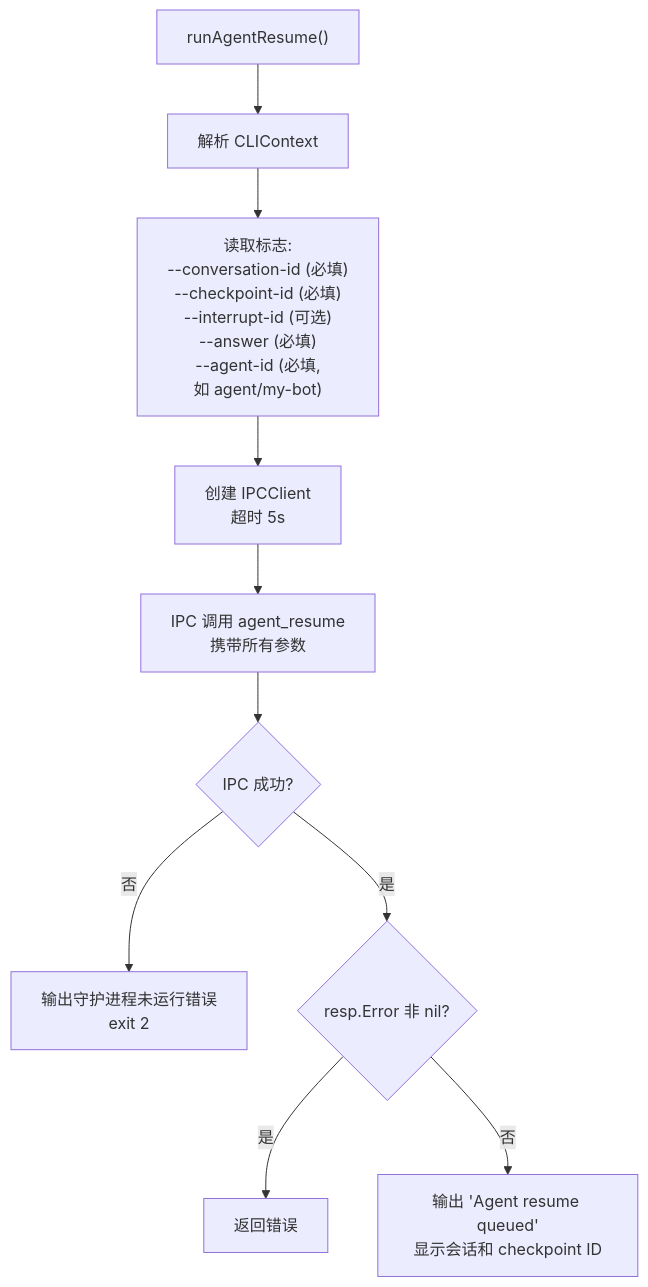
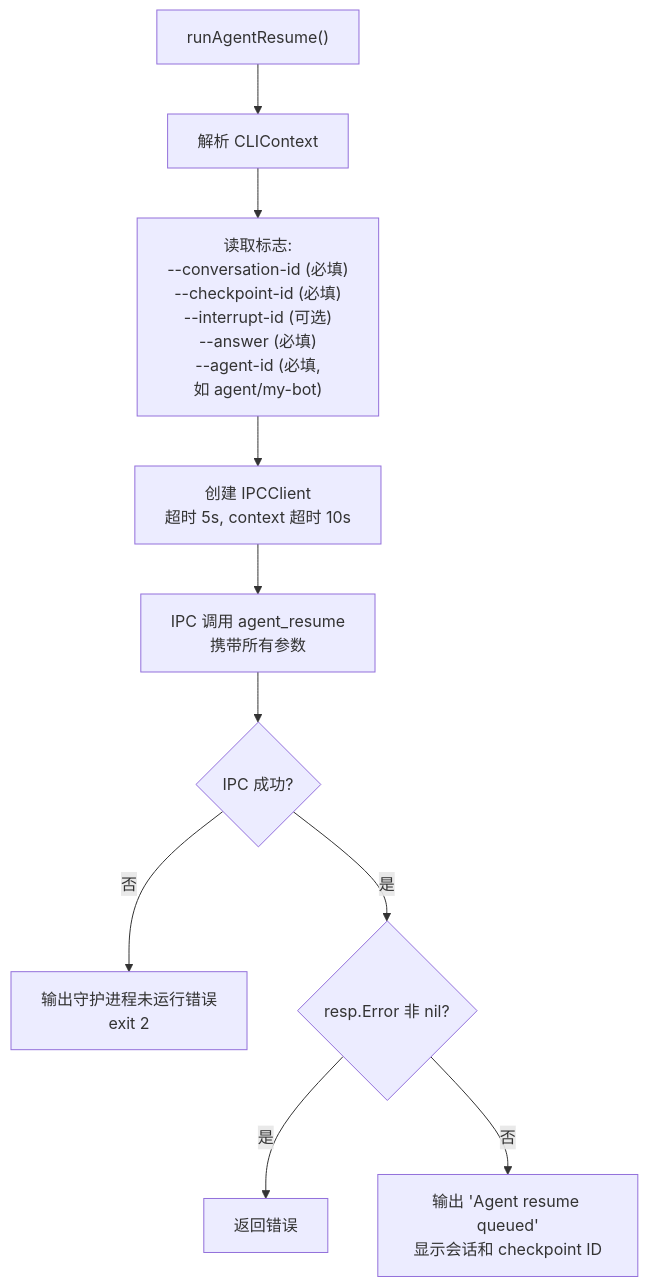
Before and after one commit to PineappleBond/xyncra-server: diagram 12 of 16 in wiki/flows/cli-ipc.md, drawn with Mermaid. The commit also changed other lines of this file and 19 other files, not shown here.

````diff
--- a/wiki/flows/cli-ipc.md
+++ b/wiki/flows/cli-ipc.md
@@ -644,12 +645,12 @@
 ```mermaid
 flowchart TD
     A["runAgentResume()"] --> B["解析 CLIContext"]
     B --> C["读取标志:<br>--conversation-id (必填)<br>--checkpoint-id (必填)<br>--interrupt-id (可选)<br>--answer (必填)<br>--agent-id (必填,<br>如 agent/my-bot)"]
-    C --> D["创建 IPCClient<br>超时 5s"]
+    C --> D["创建 IPCClient<br>超时 5s, context 超时 10s"]
     D --> E["IPC 调用 agent_resume<br>携带所有参数"]
     E --> F{"IPC 成功?"}
     F -->|否| G["输出守护进程未运行错误<br>exit 2"]
     F -->|是| H{"resp.Error 非 nil?"}
     H -->|是| I["返回错误"]
     H -->|否| J["输出 'Agent resume queued'<br>显示会话和 checkpoint ID"]
 ```
````
